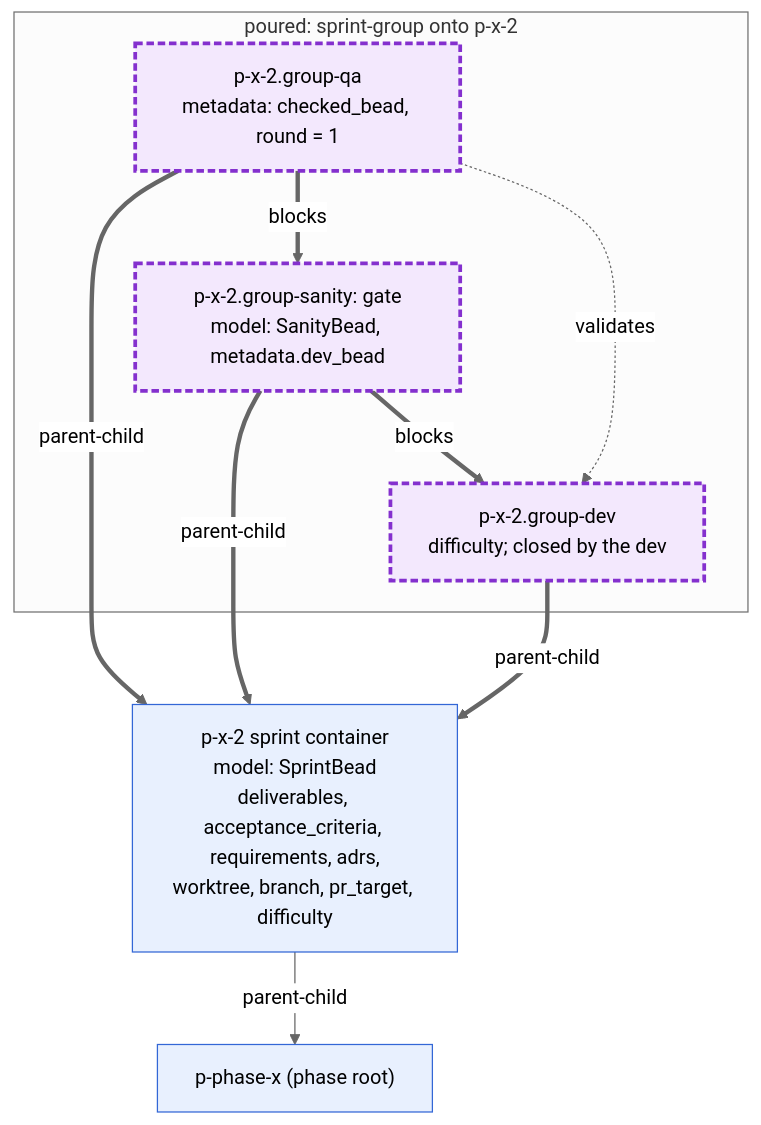
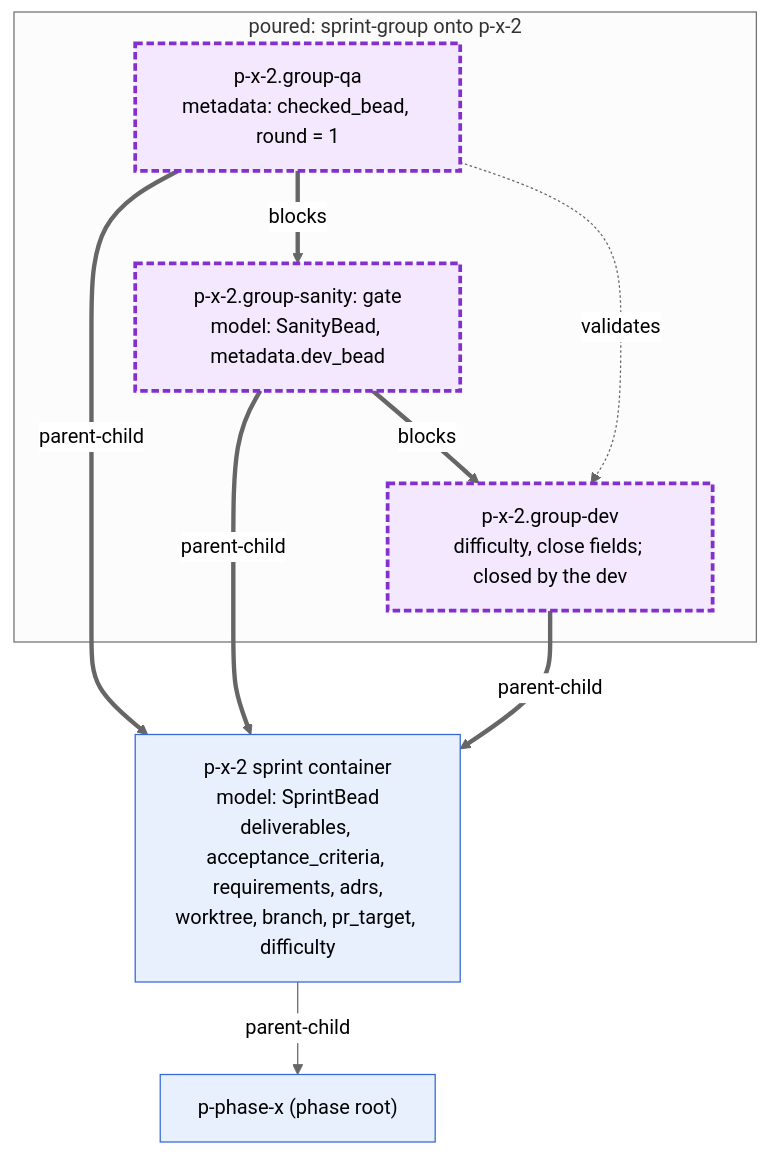
The first of 4 diagrams in docs/diagrams/sprint.md (rahul05ranjan/atm-bd-orchestration), drawn with Mermaid (neutral theme) before and after one commit. The commit also changed other lines of this file and 7 other files, not shown here.

First line of the commit message:
docs(diagrams): close hooks, bd-cache and close fields for 0.19.0

````diff
--- a/docs/diagrams/sprint.md
+++ b/docs/diagrams/sprint.md
@@ -19,22 +20,22 @@
 ```mermaid
 flowchart TB
   classDef tmpl fill:#e8f0fe,stroke:#3367d6,color:#000
   classDef poured fill:#f3e8fd,stroke:#8430ce,stroke-width:3px,stroke-dasharray:6 3,color:#000
 
   ROOT["p-phase-x (phase root)"]:::tmpl
   SPR["p-x-2 sprint container<br/>model: SprintBead<br/>deliverables, acceptance_criteria, requirements, adrs,<br/>worktree, branch, pr_target, difficulty"]:::tmpl
 
   subgraph POUR["poured: sprint-group onto p-x-2"]
-    DEV["p-x-2.group-dev<br/>difficulty; closed by the dev"]:::poured
+    DEV["p-x-2.group-dev<br/>difficulty, close fields; closed by the dev"]:::poured
     SAN["p-x-2.group-sanity: gate<br/>model: SanityBead, metadata.dev_bead"]:::poured
     QA["p-x-2.group-qa<br/>metadata: checked_bead, round = 1"]:::poured
   end
 
   SPR -->|parent-child| ROOT
   DEV ==>|parent-child| SPR
   SAN ==>|parent-child| SPR
   QA ==>|parent-child| SPR
   SAN ==>|blocks| DEV
   QA ==>|blocks| SAN
   QA -.->|validates| DEV
 ```
````
